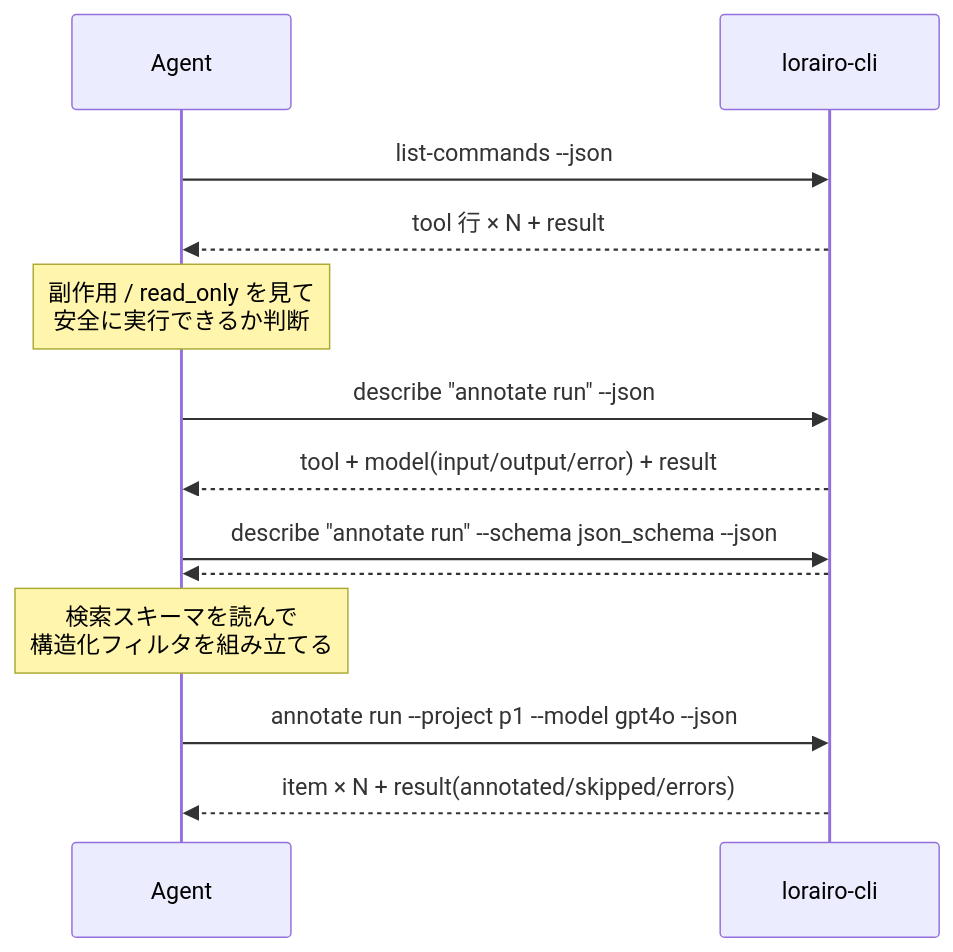
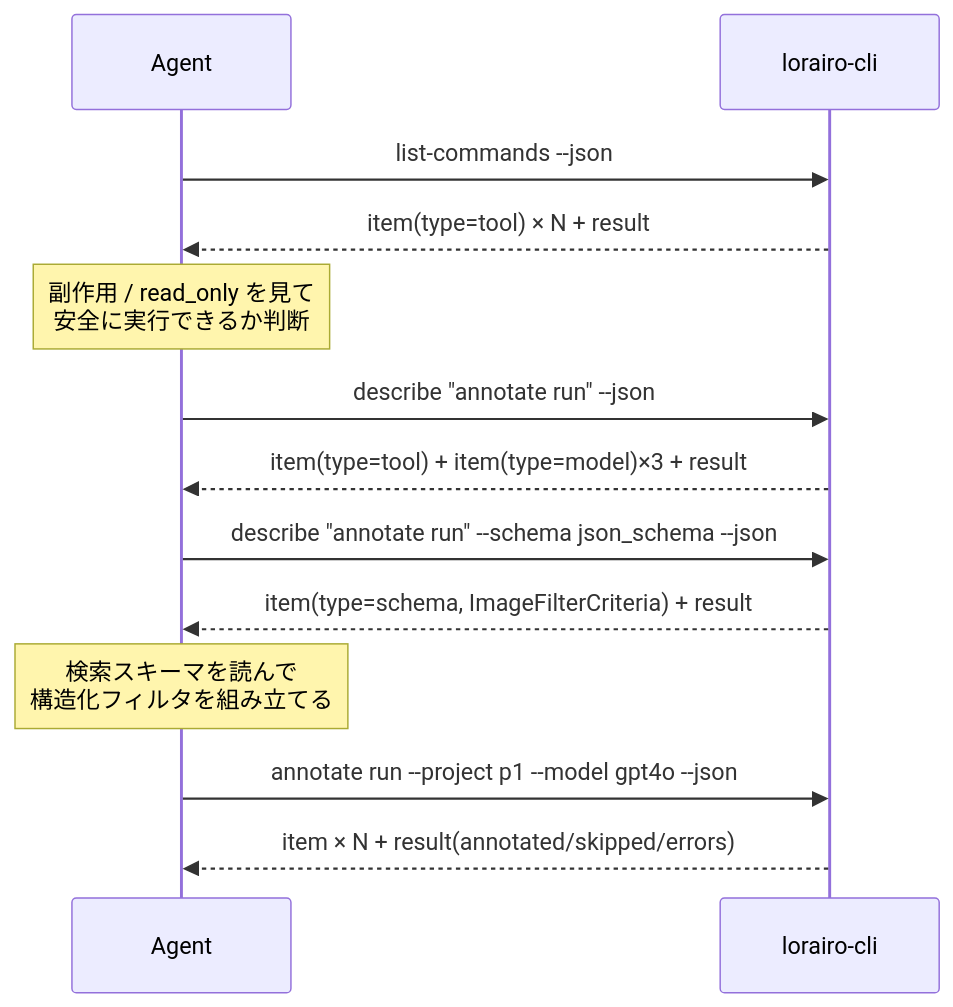
One commit to NEXTAltair/LoRAIro changed the first of 3 diagrams in docs/decisions/0059-cli-command-introspection.md. Above: the diagram before and after it, drawn with Mermaid. The commit also changed other lines of this file, not shown here.

First line of the commit message:
docs: ADR 0059 を案B (item kind 再利用) に改稿 — 0057 enum を拡張しない

````diff
--- a/docs/decisions/0059-cli-command-introspection.md
+++ b/docs/decisions/0059-cli-command-introspection.md
@@ -75,15 +87,15 @@
 ```mermaid
 sequenceDiagram
     participant A as Agent
     participant CLI as lorairo-cli
     A->>CLI: list-commands --json
-    CLI-->>A: tool 行 × N + result
+    CLI-->>A: item(type=tool) × N + result
     Note over A: 副作用 / read_only を見て<br/>安全に実行できるか判断
     A->>CLI: describe "annotate run" --json
-    CLI-->>A: tool + model(input/output/error) + result
+    CLI-->>A: item(type=tool) + item(type=model)×3 + result
     A->>CLI: describe "annotate run" --schema json_schema --json
-    CLI-->>A: # note + ImageFilterCriteria の json_schema
+    CLI-->>A: item(type=schema, ImageFilterCriteria) + result
     Note over A: 検索スキーマを読んで<br/>構造化フィルタを組み立てる
     A->>CLI: annotate run --project p1 --model gpt4o --json
     CLI-->>A: item × N + result(annotated/skipped/errors)
 ```
````
